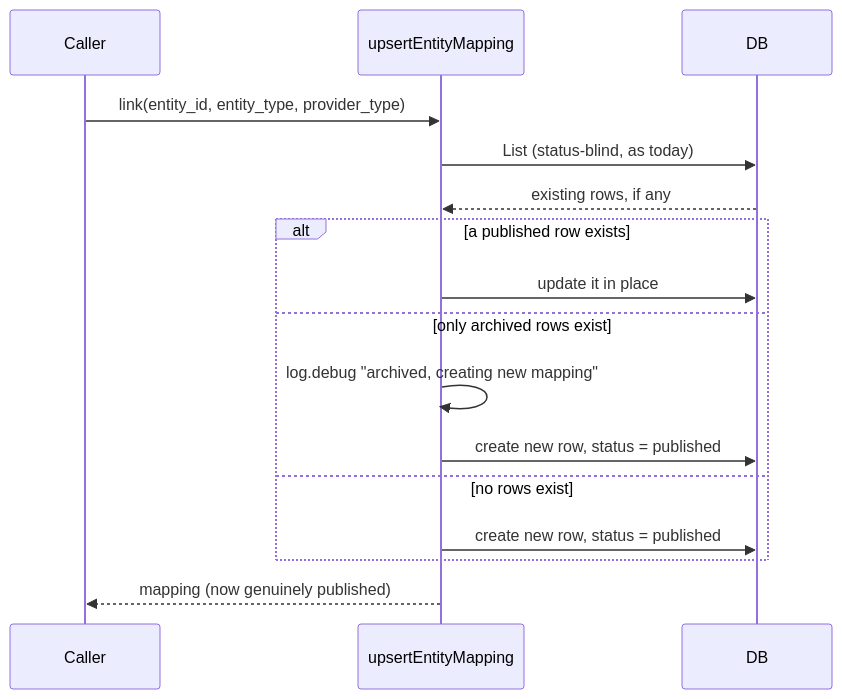
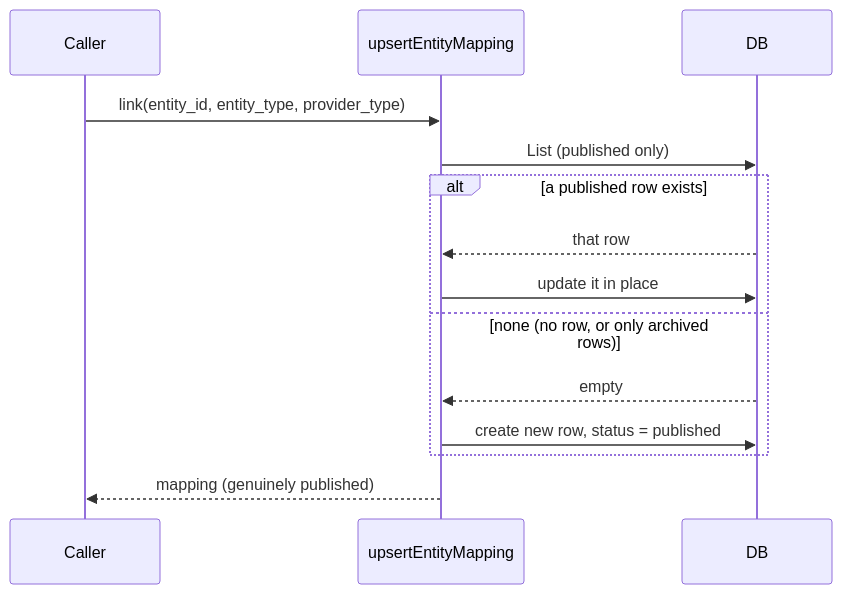
One commit to subratsahilgupta/flexprice changed the first of 4 diagrams in docs/design/2026-07-30-FLE-1106-marketplace-integration-v4.md. Above: the diagram before and after it, drawn with Mermaid. The commit also changed other lines of this file, not shown here.

Commit message:
docs: refine marketplace integration design document v4, clarifying defect resolutions and mapping lifecycle adjustments

````diff
--- a/docs/design/2026-07-30-FLE-1106-marketplace-integration-v4.md
+++ b/docs/design/2026-07-30-FLE-1106-marketplace-integration-v4.md
@@ -86,20 +60,17 @@
 ```mermaid
 sequenceDiagram
     participant Caller
     participant Svc as upsertEntityMapping
     participant DB
 
     Caller->>Svc: link(entity_id, entity_type, provider_type)
-    Svc->>DB: List (status-blind, as today)
-    DB-->>Svc: existing rows, if any
-
+    Svc->>DB: List (published only)
     alt a published row exists
+        DB-->>Svc: that row
         Svc->>DB: update it in place
-    else only archived rows exist
-        Svc->>Svc: log.debug "archived, creating new mapping"
-        Svc->>DB: create new row, status = published
-    else no rows exist
+    else none (no row, or only archived rows)
+        DB-->>Svc: empty
         Svc->>DB: create new row, status = published
     end
-    Svc-->>Caller: mapping (now genuinely published)
+    Svc-->>Caller: mapping (genuinely published)
 ```
````
